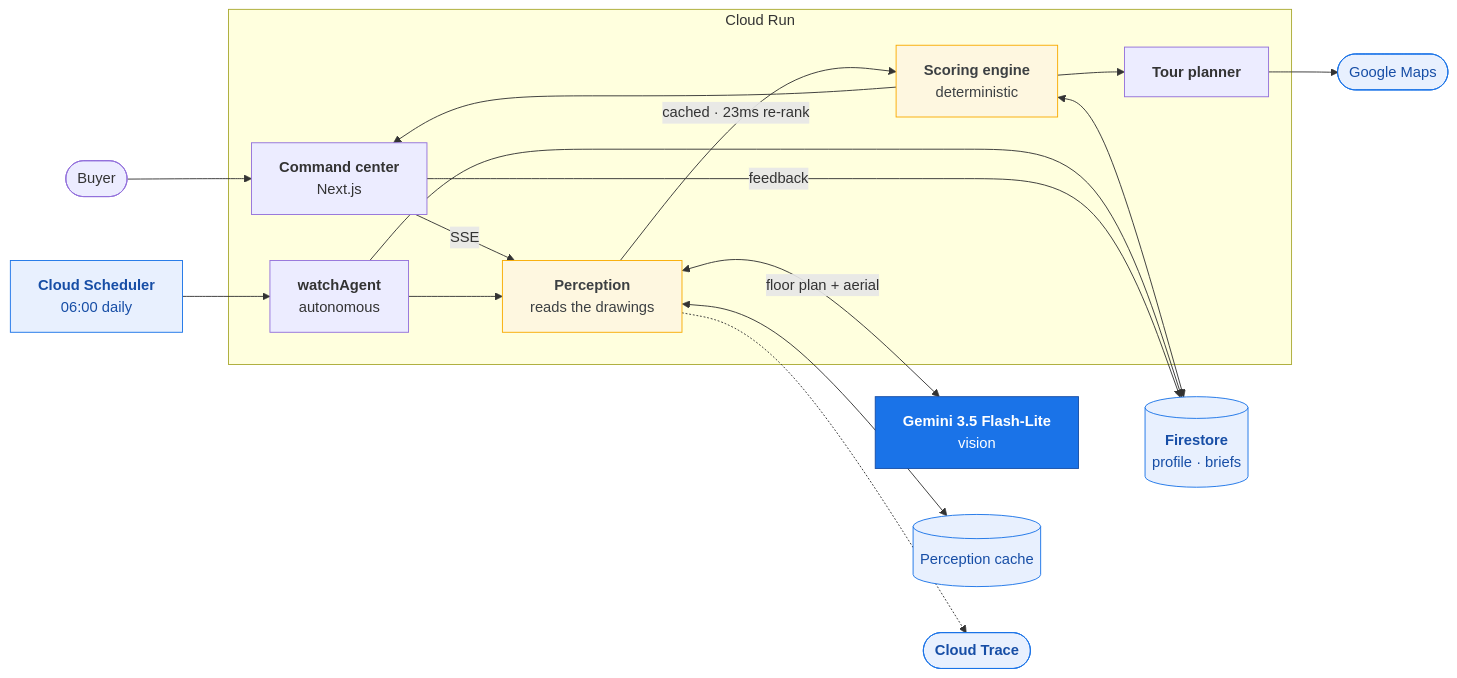
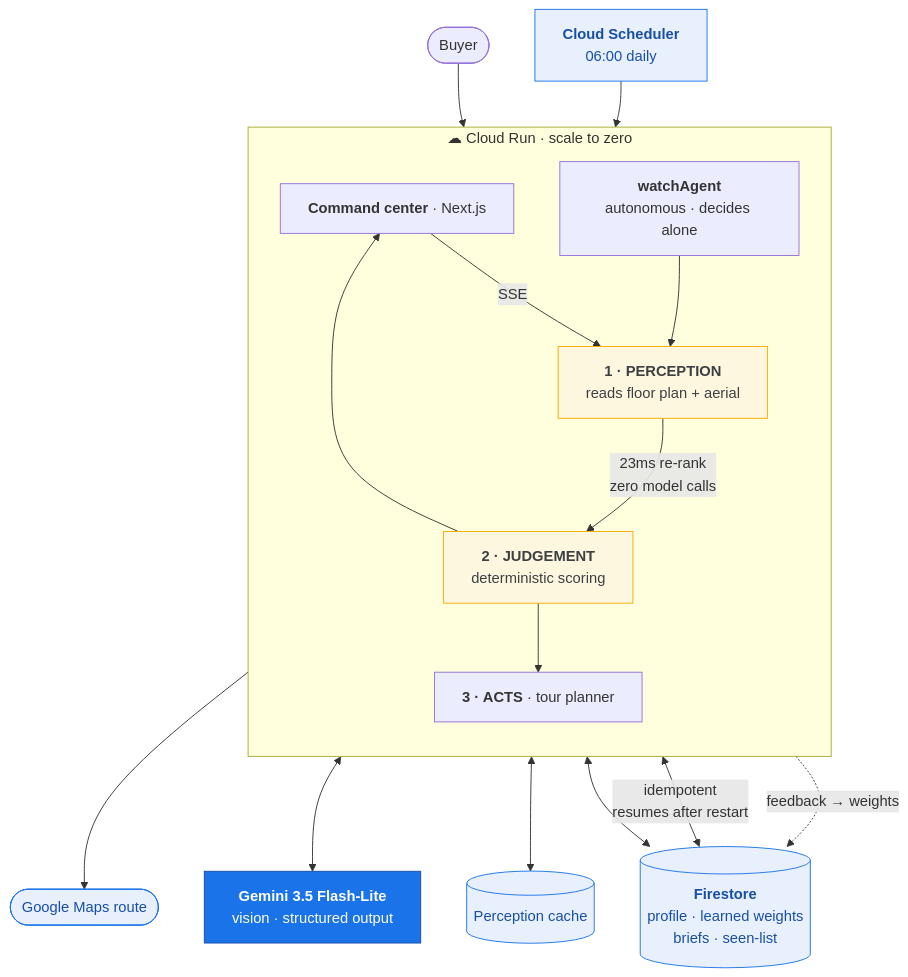
The diagram in README.md (skg0525/allthingsagentichackathon), drawn with Mermaid before and after one commit. The commit also changed other lines of this file and 8 other files, not shown here.

Commit message:
Verify Cloud Trace end to end; tighten the diagram around the numbered spine

````diff
--- a/README.md
+++ b/README.md
@@ -154,36 +154,41 @@
 ```mermaid
-flowchart LR
+flowchart TB
 
-  USER(["Buyer"]) --> UI
-  CRON["<b>Cloud Scheduler</b><br/>06:00 daily"] --> WATCH
+  BUYER(["Buyer"])
+  CRON["<b>Cloud Scheduler</b><br/>06:00 daily"]
 
-  subgraph CR["Cloud Run"]
-    UI["<b>Command center</b><br/>Next.js"]
-    WATCH["<b>watchAgent</b><br/>autonomous"]
-    PERC["<b>Perception</b><br/>reads the drawings"]
-    JUDGE["<b>Scoring engine</b><br/>deterministic"]
-    TOUR["<b>Tour planner</b>"]
+  subgraph CR["☁ Cloud Run · scale to zero"]
+    direction TB
+    UI["<b>Command center</b> · Next.js"]
+    WATCH["<b>watchAgent</b><br/>autonomous · decides alone"]
+    PERC["<b>1 · PERCEPTION</b><br/>reads floor plan + aerial"]
+    JUDGE["<b>2 · JUDGEMENT</b><br/>deterministic scoring"]
+    TOUR["<b>3 · ACTS</b> · tour planner"]
   end
 
+  GEM["<b>Gemini 3.5 Flash-Lite</b><br/>vision · structured output"]
+  FS[("<b>Firestore</b><br/>profile · learned weights<br/>briefs · seen-list")]
+  CACHE[("Perception cache")]
+  MAPS(["Google Maps route"])
+
+  BUYER --> UI
+  CRON --> WATCH
   UI -->|SSE| PERC
   WATCH --> PERC
-  PERC -->|"cached · 23ms re-rank"| JUDGE
+  PERC -->|"23ms re-rank<br/>zero model calls"| JUDGE
+  JUDGE --> TOUR --> MAPS
   JUDGE --> UI
-  JUDGE --> TOUR
 
-  PERC <-->|"floor plan + aerial"| GEM["<b>Gemini 3.5 Flash-Lite</b><br/>vision"]
-  TOUR --> MAPS(["Google Maps"])
-
-  JUDGE <--> FS[("<b>Firestore</b><br/>profile · briefs")]
-  WATCH --> FS
-  UI -->|feedback| FS
-  PERC <--> CACHE[("Perception cache")]
-  PERC -.-> TRACE(["<b>Cloud Trace</b>"])
+  PERC <--> GEM
+  PERC <--> CACHE
+  JUDGE <--> FS
+  WATCH <-->|"idempotent<br/>resumes after restart"| FS
+  UI -.->|"feedback → weights"| FS
 
   classDef g fill:#1a73e8,stroke:#174ea6,color:#fff
   classDef store fill:#e8f0fe,stroke:#1a73e8,color:#174ea6
   classDef key fill:#fef7e0,stroke:#f9ab00,color:#3c4043
   class GEM g
-  class FS,CACHE,TRACE,MAPS,CRON store
+  class FS,CACHE,MAPS,CRON store
   class PERC,JUDGE key
 ```
````
